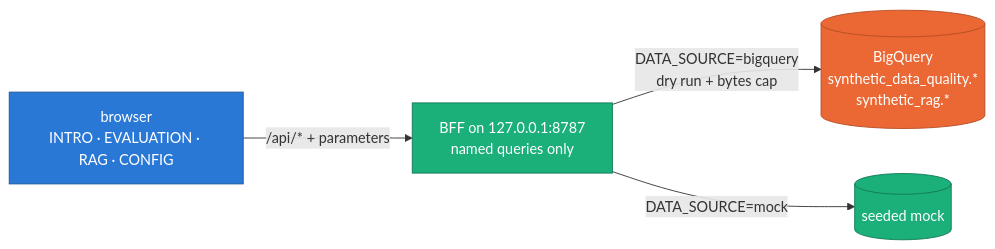
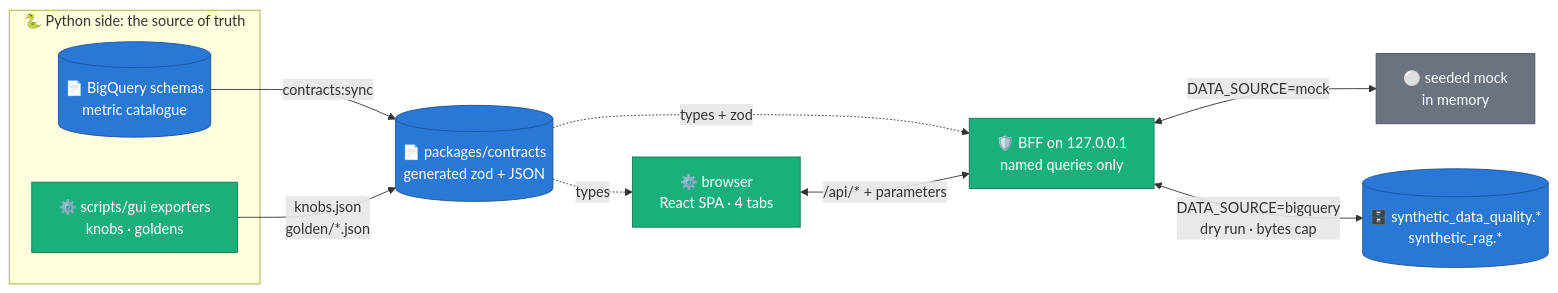
Before and after one commit to albertols/synthetic-llm-dataflow-bigquery: the first of 2 diagrams in gui/README.md, drawn with Mermaid. The commit also changed other lines of this file and 14 other files, not shown here.

````diff
--- a/gui/README.md
+++ b/gui/README.md
@@ -11,15 +30,24 @@
 ```mermaid
 flowchart LR
-  classDef web fill:#2a78d6,color:#fff,stroke:#1d5599
-  classDef bff fill:#1baf7a,color:#fff,stroke:#127a55
-  classDef bq  fill:#eb6834,color:#fff,stroke:#b44f26
+  classDef cpu   fill:#1baf7a,color:#fff,stroke:#127a55
+  classDef store fill:#2a78d6,color:#fff,stroke:#1d5599
+  classDef data  fill:#6b7280,color:#fff,stroke:#4b5563
 
-  B["browser<br/>INTRO · EVALUATION · RAG · CONFIG"]:::web
-  S["BFF on 127.0.0.1:8787<br/>named queries only"]:::bff
-  Q[("BigQuery<br/>synthetic_data_quality.*<br/>synthetic_rag.*")]:::bq
-  M[("seeded mock")]:::bff
+  subgraph py["🐍 Python side: the source of truth"]
+    SCH[("📄 BigQuery schemas<br/>metric catalogue")]:::store
+    EXP["⚙️ scripts/gui exporters<br/>knobs · goldens"]:::cpu
+  end
+  CON[("📄 packages/contracts<br/>generated zod + JSON")]:::store
+  WEB["⚙️ browser<br/>React SPA · 4 tabs"]:::cpu
+  BFF["🛡️ BFF on 127.0.0.1<br/>named queries only"]:::cpu
+  MOCK["⚪ seeded mock<br/>in memory"]:::data
+  BQ[("🗄️ synthetic_data_quality.*<br/>synthetic_rag.*")]:::store
 
-  B -->|"/api/* + parameters"| S
-  S -->|"DATA_SOURCE=bigquery<br/>dry run + bytes cap"| Q
-  S -->|"DATA_SOURCE=mock"| M
+  SCH -->|"contracts:sync"| CON
+  EXP -->|"knobs.json<br/>golden/*.json"| CON
+  CON -.->|"types"| WEB
+  CON -.->|"types + zod"| BFF
+  WEB <-->|"/api/* + parameters"| BFF
+  BFF <-->|"DATA_SOURCE=mock"| MOCK
+  BFF <-->|"DATA_SOURCE=bigquery<br/>dry run · bytes cap"| BQ
 ```
````
